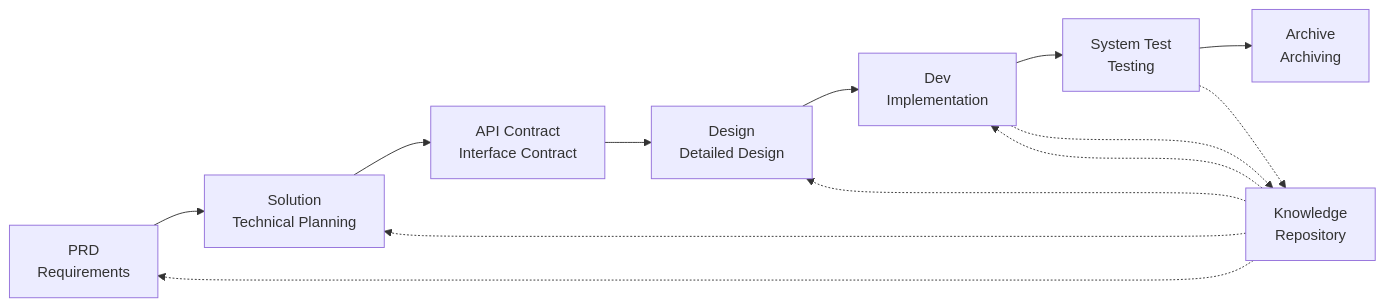
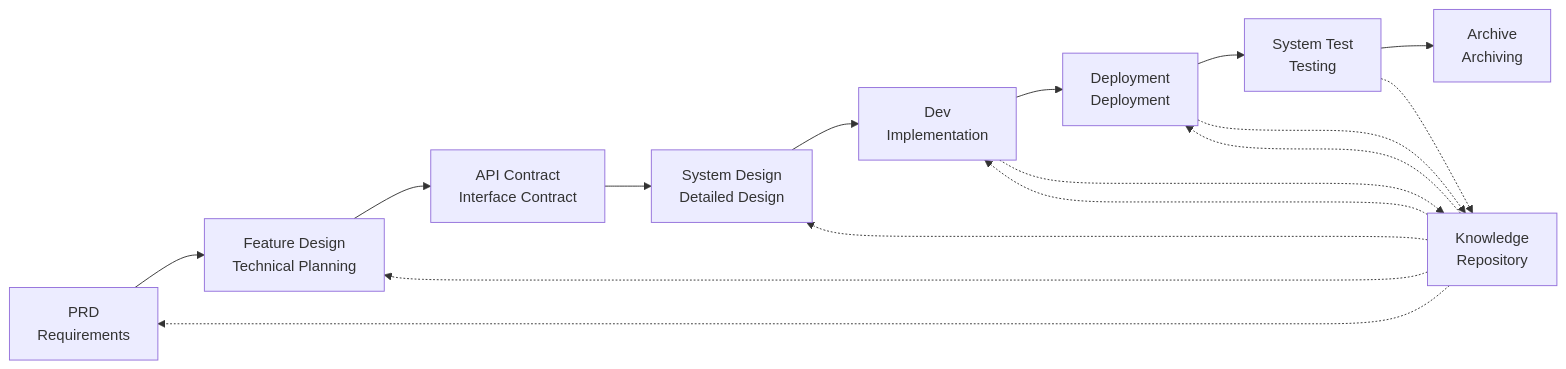
The diagram in README.en.md (charlesmu99/speccrew), drawn with Mermaid before and after one commit. The commit also changed other lines of this file and 35 other files, not shown here.

````diff
--- a/README.en.md
+++ b/README.en.md
@@ -166,17 +166,20 @@
 ```mermaid
 graph LR
-    A[PRD<br/>Requirements] --> B[Solution<br/>Technical Planning]
+    A[PRD<br/>Requirements] --> B[Feature Design<br/>Technical Planning]
     B --> C[API Contract<br/>Interface Contract]
-    C --> D[Design<br/>Detailed Design]
+    C --> D[System Design<br/>Detailed Design]
     D --> E[Dev<br/>Implementation]
-    E --> F[System Test<br/>Testing]
-    F --> G[Archive<br/>Archiving]
+    E --> F[Deployment<br/>Deployment]
+    F --> G[System Test<br/>Testing]
+    G --> H[Archive<br/>Archiving]
     
-    H[Knowledge<br/>Repository] -.-> A
-    H -.-> B
-    H -.-> D
-    H -.-> E
+    I[Knowledge<br/>Repository] -.-> A
+    I -.-> B
+    I -.-> D
+    I -.-> E
+    I -.-> F
     
-    E -.-> H
-    F -.-> H
+    E -.-> I
+    F -.-> I
+    G -.-> I
 ```
````
